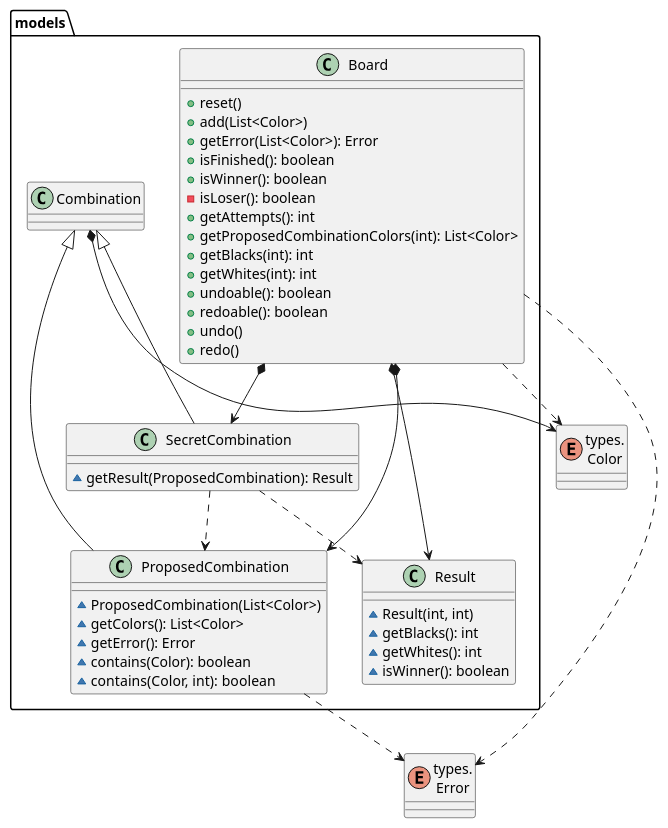
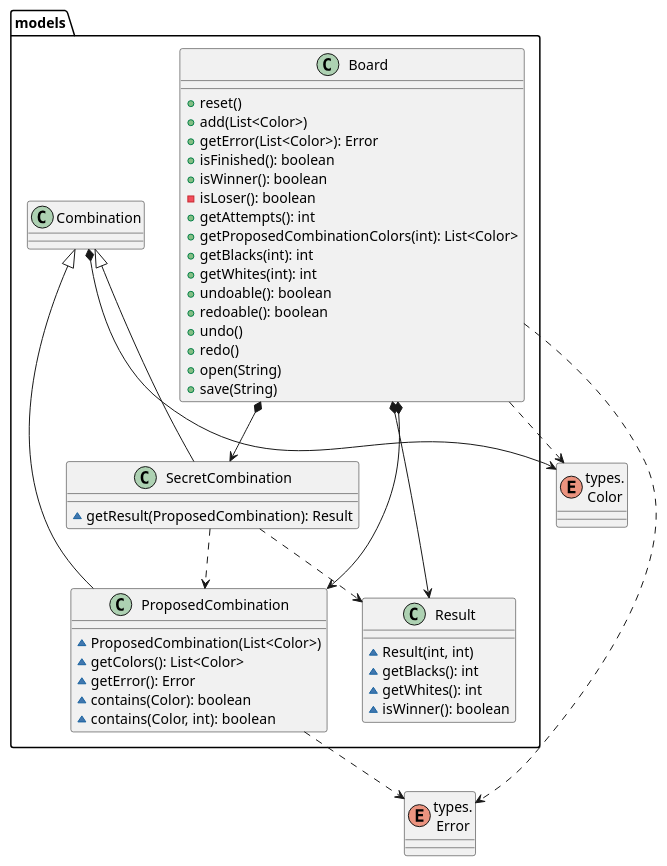
Before and after one commit to EscuelaIt/requirements: the fourth of 5 diagrams in 5.Ficheros/docs/diagrams/src/mastermind_analisis_packages.wsd, drawn with PlantUML. The commit also changed other lines of this file and 30 other files, not shown here.

```diff
--- a/5.Ficheros/docs/diagrams/src/mastermind_analisis_packages.wsd
+++ b/5.Ficheros/docs/diagrams/src/mastermind_analisis_packages.wsd
@@ -173,54 +207,56 @@
 @startuml mastermind_analisis_models
 package models {
     class Board {
         + reset()
         + add(List<Color>)
         + getError(List<Color>): Error
         + isFinished(): boolean
         + isWinner(): boolean
         - isLoser(): boolean
         + getAttempts(): int
         + getProposedCombinationColors(int): List<Color>
         + getBlacks(int): int
         + getWhites(int): int
         + undoable(): boolean
         + redoable(): boolean
         + undo()
         + redo()
+        + open(String)
+        + save(String)
     }
     class Combination
     class ProposedCombination {
         ~ ProposedCombination(List<Color>)
         ~ getColors(): List<Color>
         ~ getError(): Error
         ~ contains(Color): boolean
         ~ contains(Color, int): boolean
     }
     class SecretCombination {
         ~ getResult(ProposedCombination): Result
     }
     Combination <|-- ProposedCombination
     Combination <|-- SecretCombination
     class Result {
         ~ Result(int, int)
         ~ getBlacks(): int
         ~ getWhites(): int
         ~ isWinner(): boolean
     }
 }
 
 
 enum "types.\nColor" as Color
 enum "types.\nError" as Error
 
 Board .down.> Color
 Board .down.> Error
 Combination *-down-> Color
 ProposedCombination .down.> Error
 
 Board *-down-> ProposedCombination
 Board *-down-> SecretCombination
 Board *-down-> Result
 SecretCombination .down.> Result
 SecretCombination .down.> ProposedCombination
 @enduml
```
